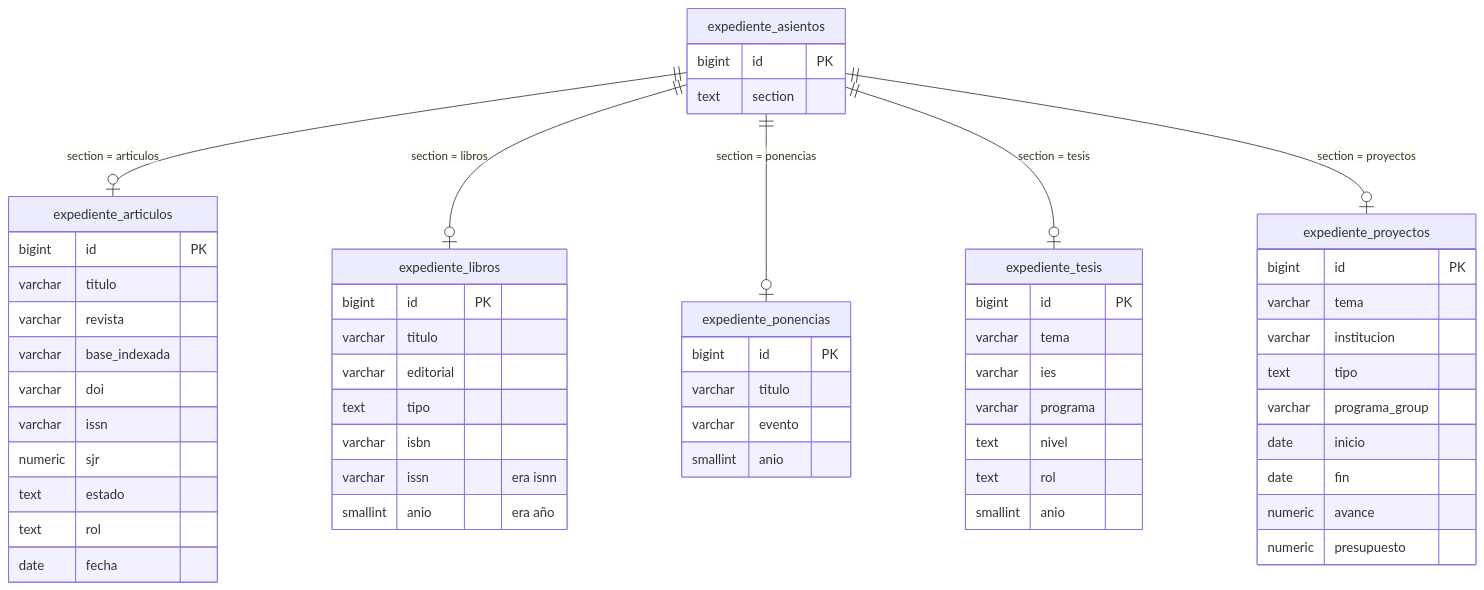
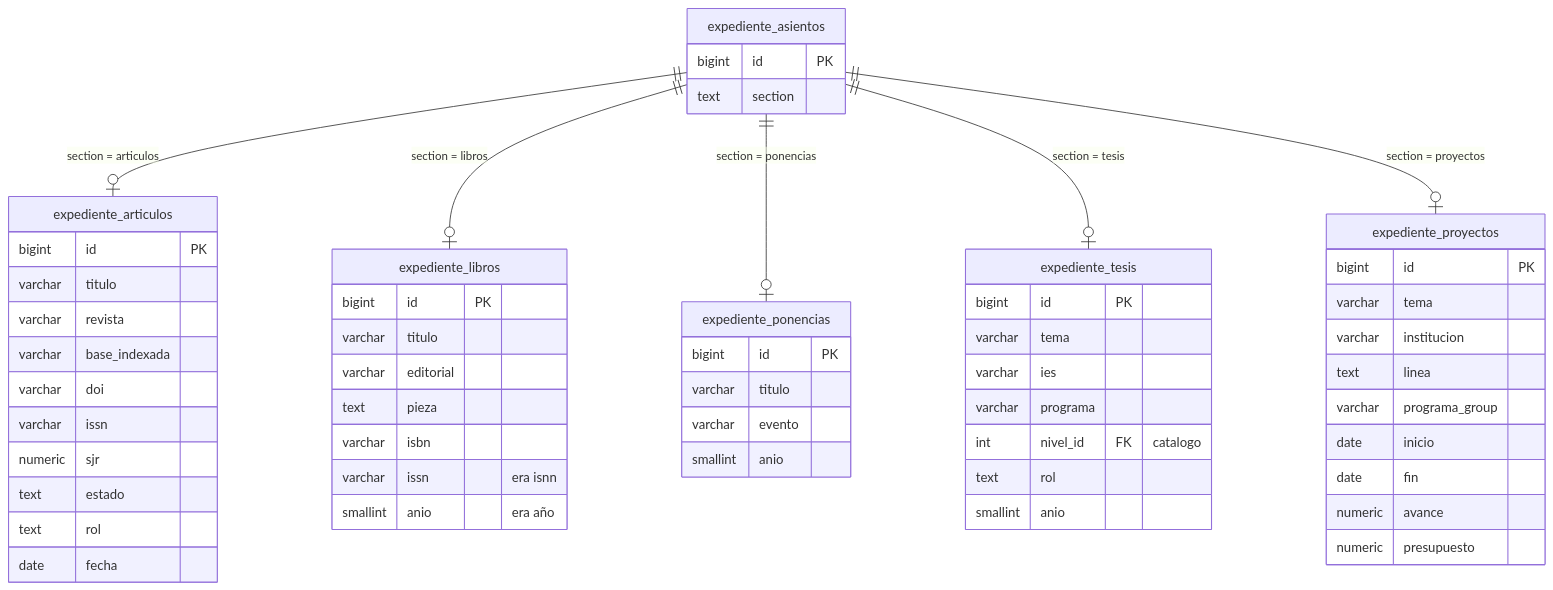
One commit to fresvel/deasy changed the third of 8 diagrams in docs/src/content/docs/complemento/expediente.md. Above: the diagram before and after it, drawn with Mermaid. The commit also changed other lines of this file and 2 other files, not shown here.

````diff
--- a/docs/src/content/docs/complemento/expediente.md
+++ b/docs/src/content/docs/complemento/expediente.md
@@ -174,66 +174,66 @@
 ```mermaid
 erDiagram
   %% parcial: de expediente_asientos solo se dibujan id y section, para ver el reparto
   expediente_asientos ||--o| expediente_articulos : "section = articulos"
   expediente_asientos ||--o| expediente_libros : "section = libros"
   expediente_asientos ||--o| expediente_ponencias : "section = ponencias"
   expediente_asientos ||--o| expediente_tesis : "section = tesis"
   expediente_asientos ||--o| expediente_proyectos : "section = proyectos"
 
   expediente_asientos {
     bigint id PK
     text section
   }
 
   expediente_articulos {
     bigint id PK
     varchar titulo
     varchar revista
     varchar base_indexada
     varchar doi
     varchar issn
     numeric sjr
     text estado
     text rol
     date fecha
   }
 
   expediente_libros {
     bigint id PK
     varchar titulo
     varchar editorial
-    text tipo
+    text pieza
     varchar isbn
     varchar issn "era isnn"
     smallint anio "era año"
   }
 
   expediente_ponencias {
     bigint id PK
     varchar titulo
     varchar evento
     smallint anio
   }
 
   expediente_tesis {
     bigint id PK
     varchar tema
     varchar ies
     varchar programa
-    text nivel
+    int nivel_id FK "catalogo"
     text rol
     smallint anio
   }
 
   expediente_proyectos {
     bigint id PK
     varchar tema
     varchar institucion
-    text tipo
+    text linea
     varchar programa_group
     date inicio
     date fin
     numeric avance
     numeric presupuesto
   }
 ```
````
